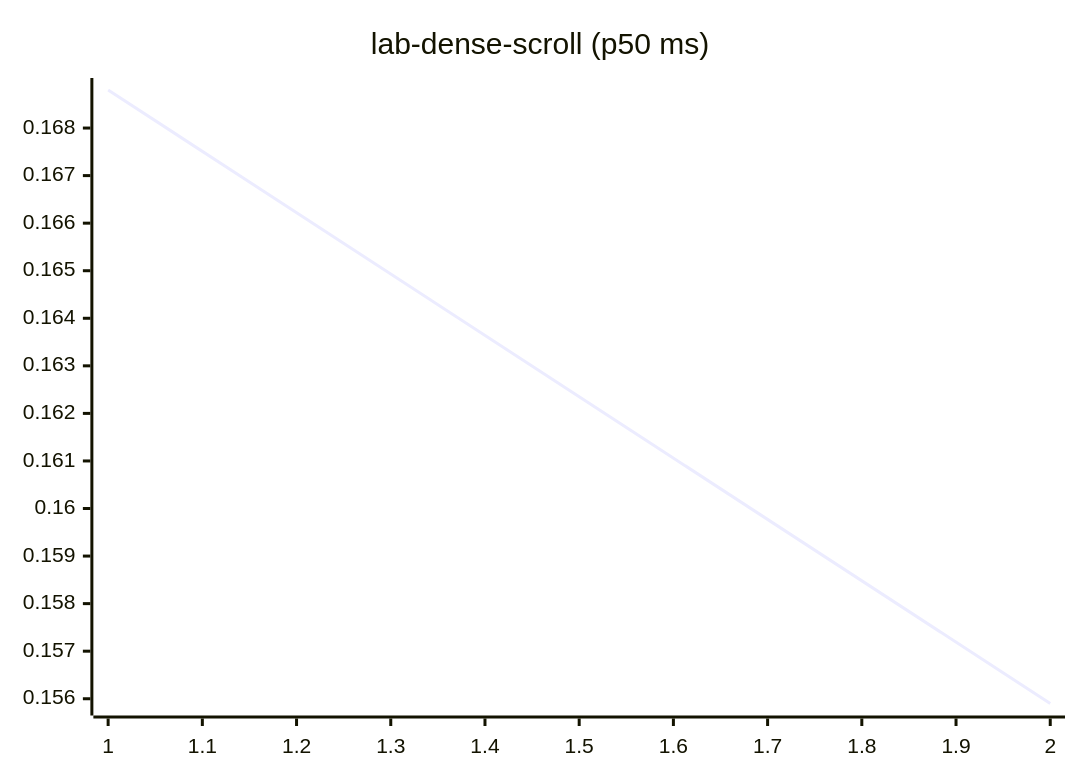
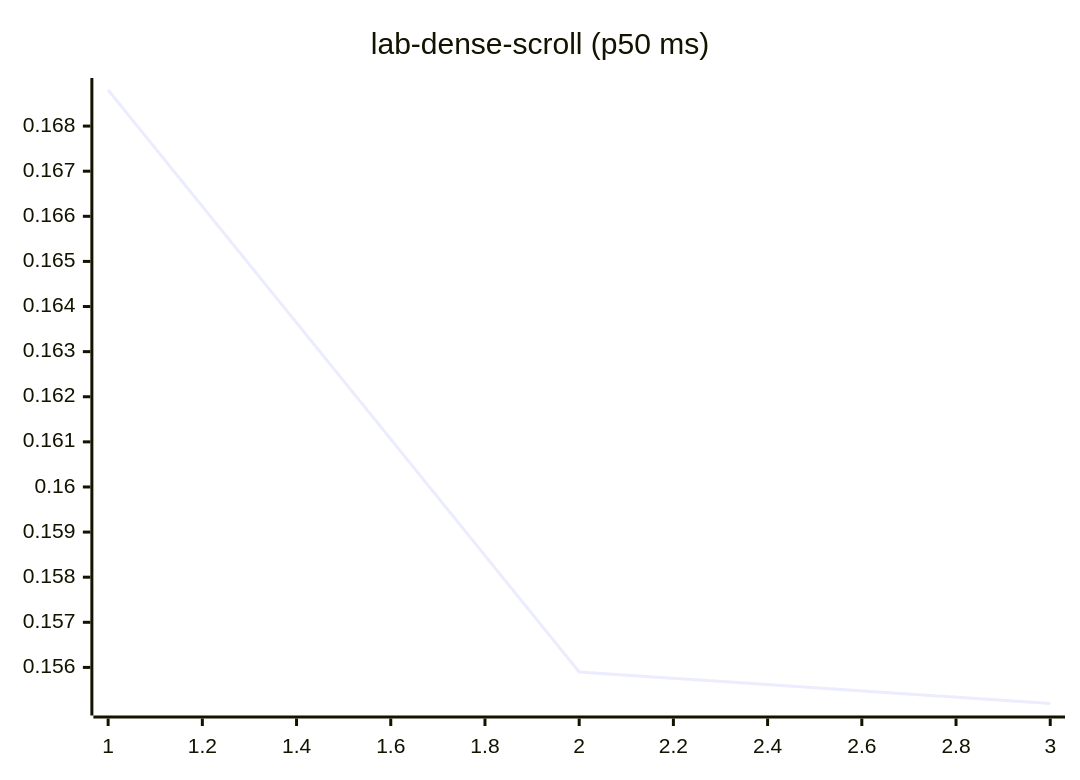
Diagram 12 of 27 in README.md (josha/Facet), drawn with Mermaid before and after one commit. The commit also changed other lines of this file and 2 other files, not shown here.

````diff
--- a/README.md
+++ b/README.md
@@ -140,6 +140,6 @@
 ```mermaid
 xychart-beta
     title "lab-dense-scroll (p50 ms)"
-    x-axis 1 --> 2
-    line [0.1688, 0.1559]
+    x-axis 1 --> 3
+    line [0.1688, 0.1559, 0.1552]
 ```
````
